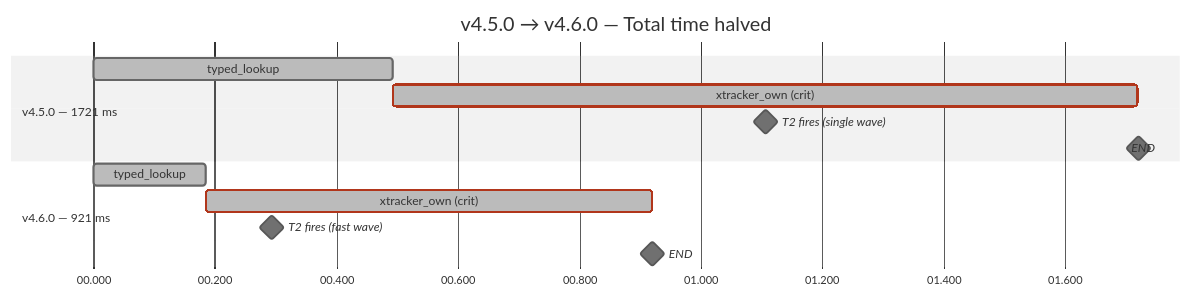
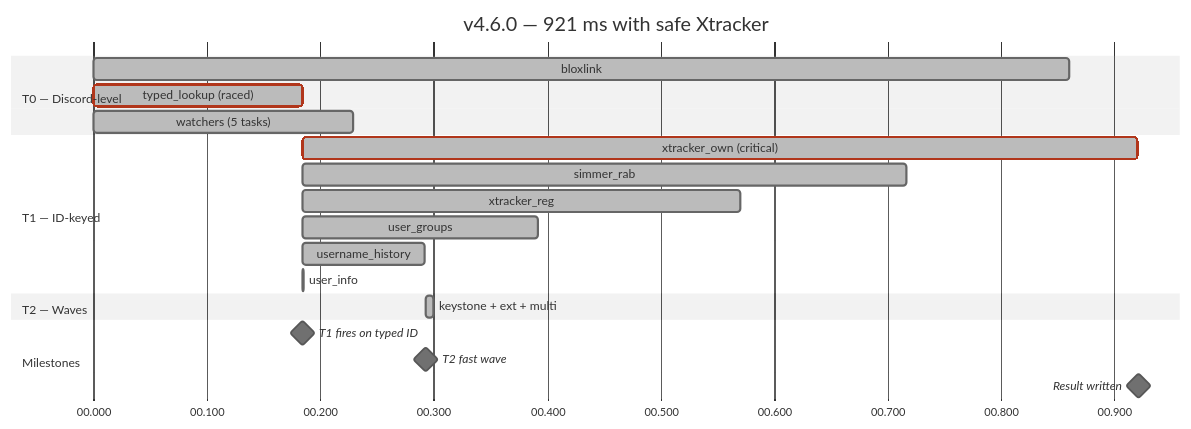
The seventh of 16 diagrams in README.md (pizzarobloxh/bgc-bot), drawn with Mermaid (neutral theme) before and after one commit. The commit also changed other lines of this file, not shown here.

````diff
--- a/README.md
+++ b/README.md
@@ -401,19 +453,28 @@
 ```mermaid
 gantt
-    title v4.5.0 → v4.6.0 — Total time halved
+    title v4.6.0 — 921 ms with safe Xtracker
     dateFormat x
     axisFormat %S.%L
     todayMarker off
 
-    section v4.5.0 — 1721 ms
-    typed_lookup          :done,      o1, 0,    492ms
-    xtracker_own (crit)   :crit, done, o2, 492, 1228ms
-    T2 fires (single wave):milestone, o3, 1107,   0ms
-    END                   :milestone, o4, 1721,   0ms
+    section T0 — Discord-level
+    bloxlink                :done,        t_bl,  0,   860ms
+    typed_lookup (raced)    :crit, done,  t_tl,  0,   184ms
+    watchers (5 tasks)      :done,        t_w,   0,   229ms
 
-    section v4.6.0 — 921 ms
-    typed_lookup          :done,      n1, 0,    184ms
-    xtracker_own (crit)   :crit, done, n2, 184,  736ms
-    T2 fires (fast wave)  :milestone, n3, 293,    0ms
-    END                   :milestone, n4, 921,    0ms
+    section T1 — ID-keyed
+    xtracker_own (critical) :crit, done,  t_xo,  184, 736ms
+    simmer_rab              :done,        t_sr,  184, 532ms
+    xtracker_reg            :done,        t_xr,  184, 386ms
+    user_groups             :done,        t_ug,  184, 208ms
+    username_history        :done,        t_uh,  184, 108ms
+    user_info               :done,        t_ui,  184,   1ms
+
+    section T2 — Waves
+    keystone + ext + multi  :done,        t_t2,  293,   7ms
+
+    section Milestones
+    T1 fires on typed ID    :milestone,   m1,   184,   0ms
+    T2 fast wave            :milestone,   m2,   293,   0ms
+    Result written          :milestone,   m3,   921,   0ms
 ```
````
